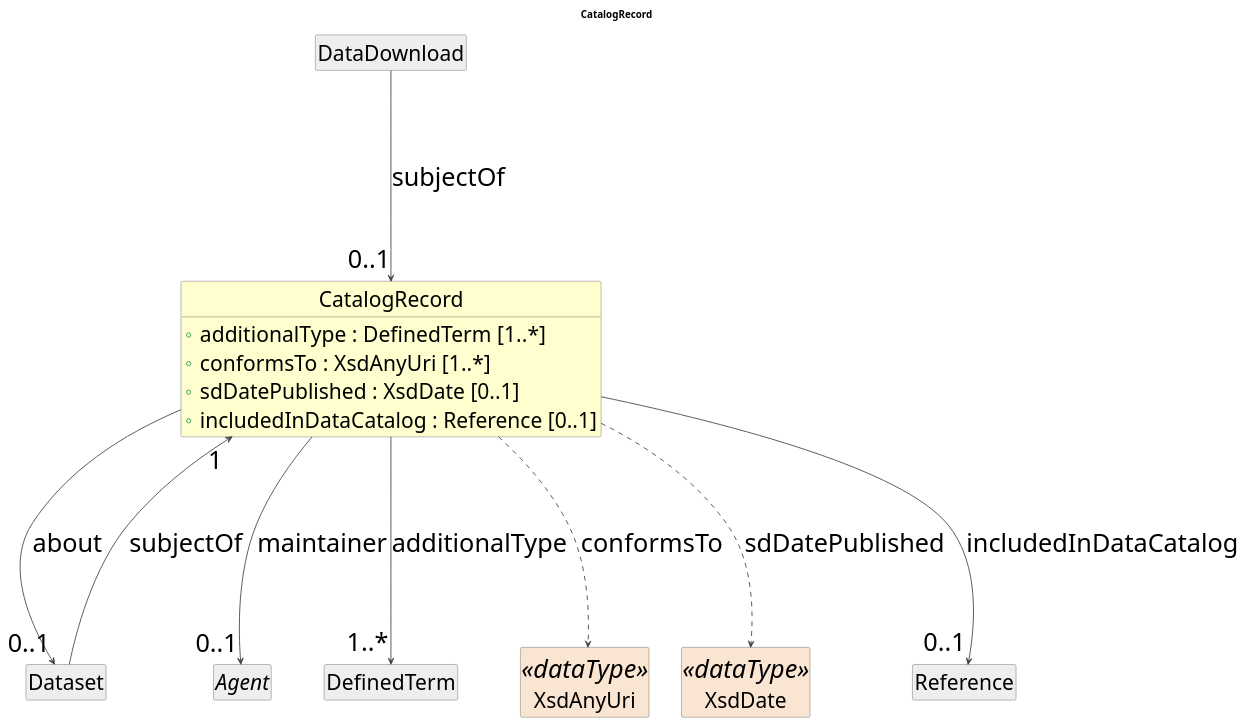
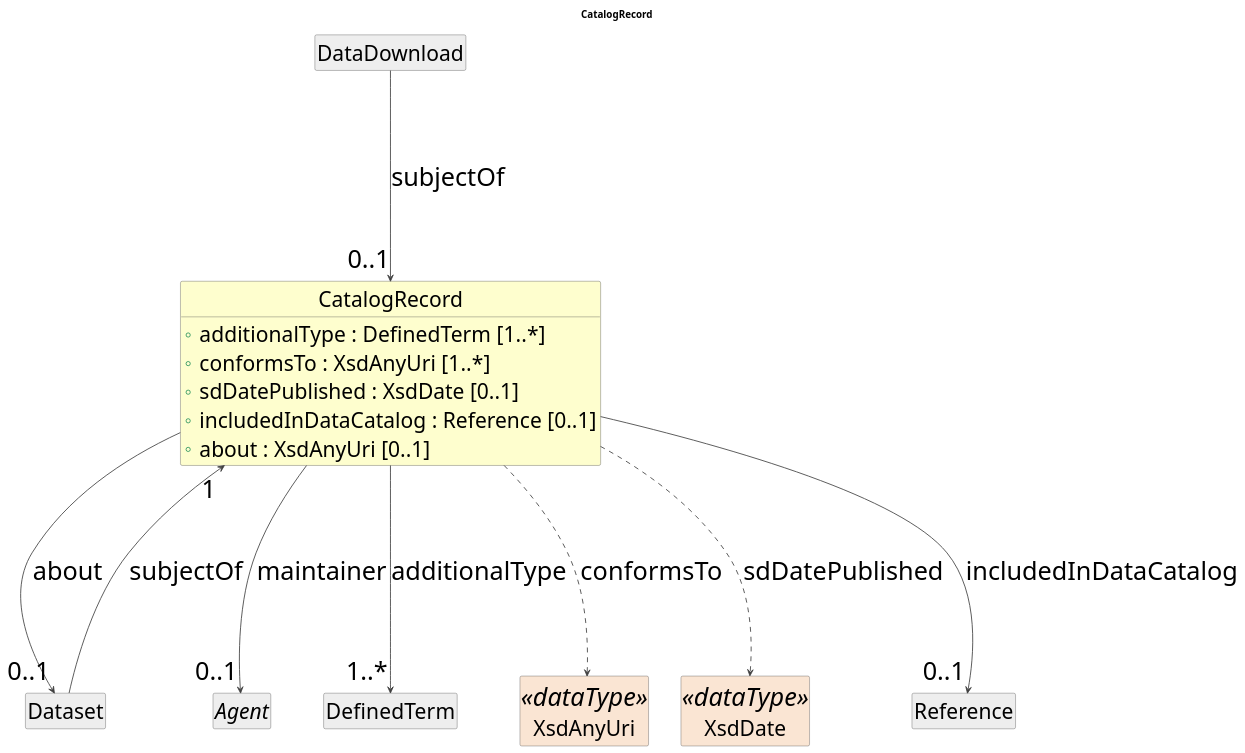
Before and after one commit to Cross-Domain-Interoperability-Framework/metadataBuildingBlocks: the diagram in cdif-uml-model/_plantuml/discoveryDataDescriptionStructure/Classes/CatalogRecord.pu, drawn with PlantUML. The commit also changed 58 other files, not shown here.

```diff
--- a/cdif-uml-model/_plantuml/discoveryDataDescriptionStructure/Classes/CatalogRecord.pu
+++ b/cdif-uml-model/_plantuml/discoveryDataDescriptionStructure/Classes/CatalogRecord.pu
@@ -1,39 +1,40 @@
 @startuml
 title CatalogRecord
 hide circle
 hide empty members
 skinparam shadowing false
 skinparam ArrowThickness 1.2
 skinparam ranksep 250
 skinparam nodesep 20
 skinparam defaultFontSize 36
 skinparam class {
   ArrowColor #404040
   BorderColor #404040
   FontSize 36
   AttributeFontSize 30
 }
 
 class "CatalogRecord" as CatalogRecord #FEFECE {
   +additionalType : DefinedTerm [1..*]
   +conformsTo : XsdAnyUri [1..*]
   +sdDatePublished : XsdDate [0..1]
   +includedInDataCatalog : Reference [0..1]
+  +about : XsdAnyUri [0..1]
 }
 class "Dataset" as Dataset #EEEEEE
 Dataset --> "1" CatalogRecord : subjectOf
 class "DataDownload" as DataDownload #EEEEEE
 DataDownload --> "0..1" CatalogRecord : subjectOf
 CatalogRecord --> "0..1" Dataset : about
 abstract class "Agent" as Agent #EEEEEE
 CatalogRecord --> "0..1" Agent : maintainer
 class "DefinedTerm" as DefinedTerm #EEEEEE
 CatalogRecord --> "1..*" DefinedTerm : additionalType
 class "XsdAnyUri" as XsdAnyUri <<dataType>> #FAE5D3
 CatalogRecord ..> XsdAnyUri : conformsTo
 class "XsdDate" as XsdDate <<dataType>> #FAE5D3
 CatalogRecord ..> XsdDate : sdDatePublished
 class "Reference" as Reference #EEEEEE
 CatalogRecord --> "0..1" Reference : includedInDataCatalog
 
 @enduml
```
